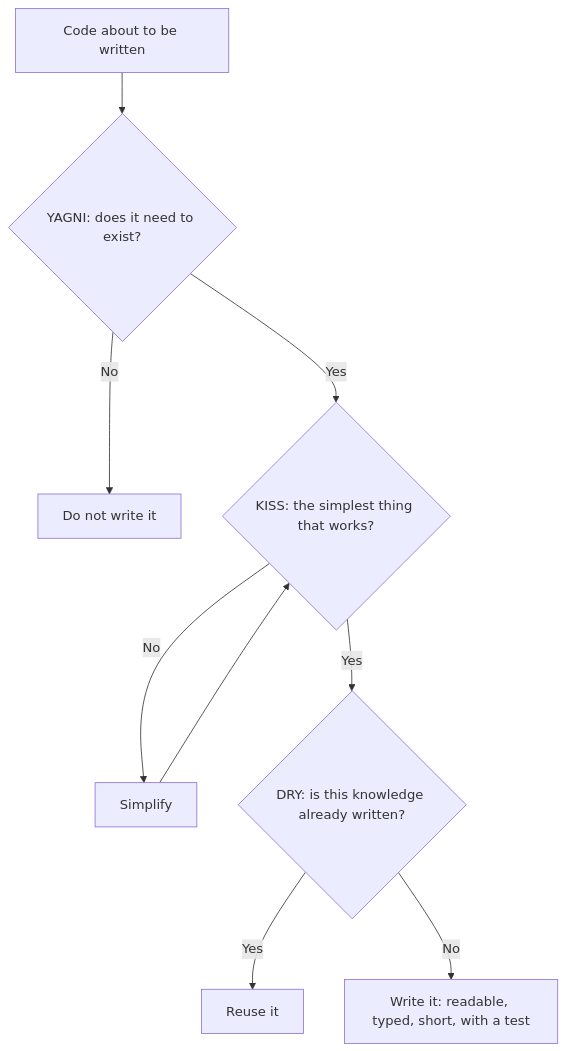
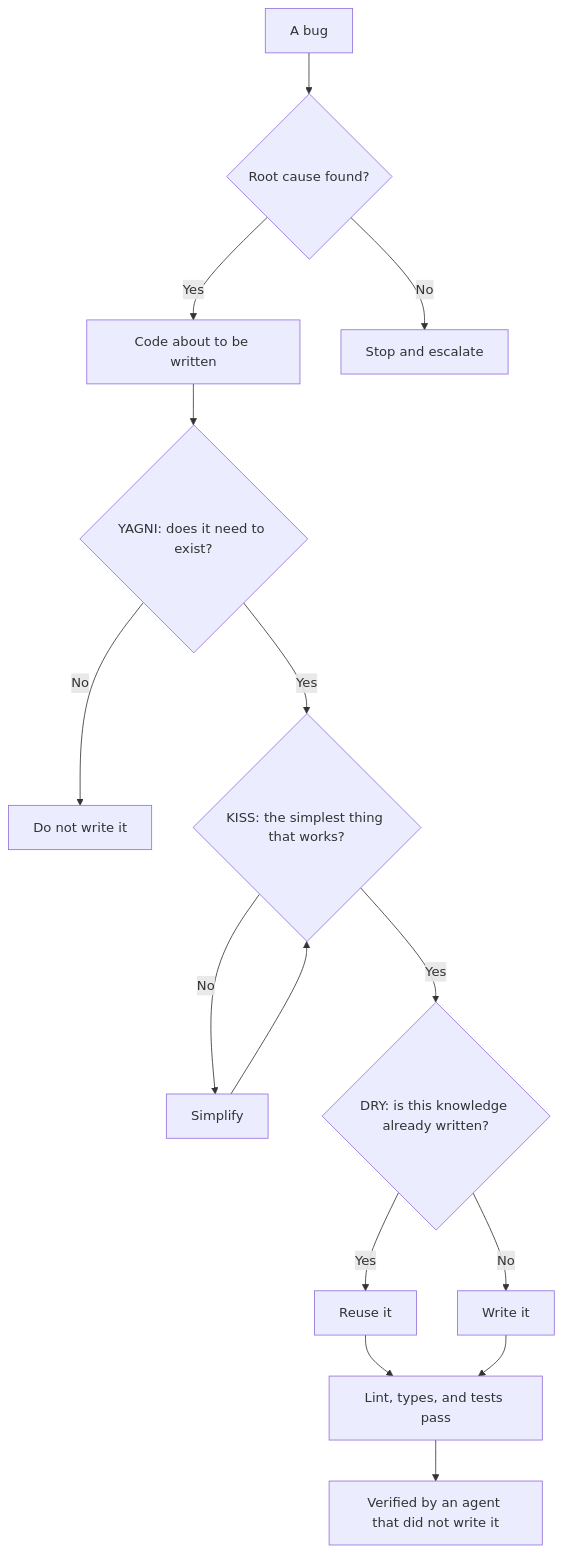
Before and after one commit to rahfianugerah/docs: the diagram in rules/codes.rules.md, drawn with Mermaid. The commit also changed other lines of this file and 15 other files, not shown here.

````diff
--- a/rules/codes.rules.md
+++ b/rules/codes.rules.md
@@ -24,11 +24,16 @@
 ```mermaid
 flowchart TD
   A["Code about to be written"] --> Y{"YAGNI: does it need to exist?"}
   Y -->|No| SKIP["Do not write it"]
   Y -->|Yes| K{"KISS: the simplest thing that works?"}
   K -->|No| S["Simplify"]
   S --> K
   K -->|Yes| D{"DRY: is this knowledge already written?"}
   D -->|Yes| R["Reuse it"]
-  D -->|No| W["Write it: readable, typed, short, with a test"]
+  D -->|No| W["Write it"]
+  R & W --> L["Lint, types, and tests pass"]
+  L --> V["Verified by an agent that did not write it"]
+  B["A bug"] --> C{"Root cause found?"}
+  C -->|Yes| A
+  C -->|No| E["Stop and escalate"]
 ```
````
